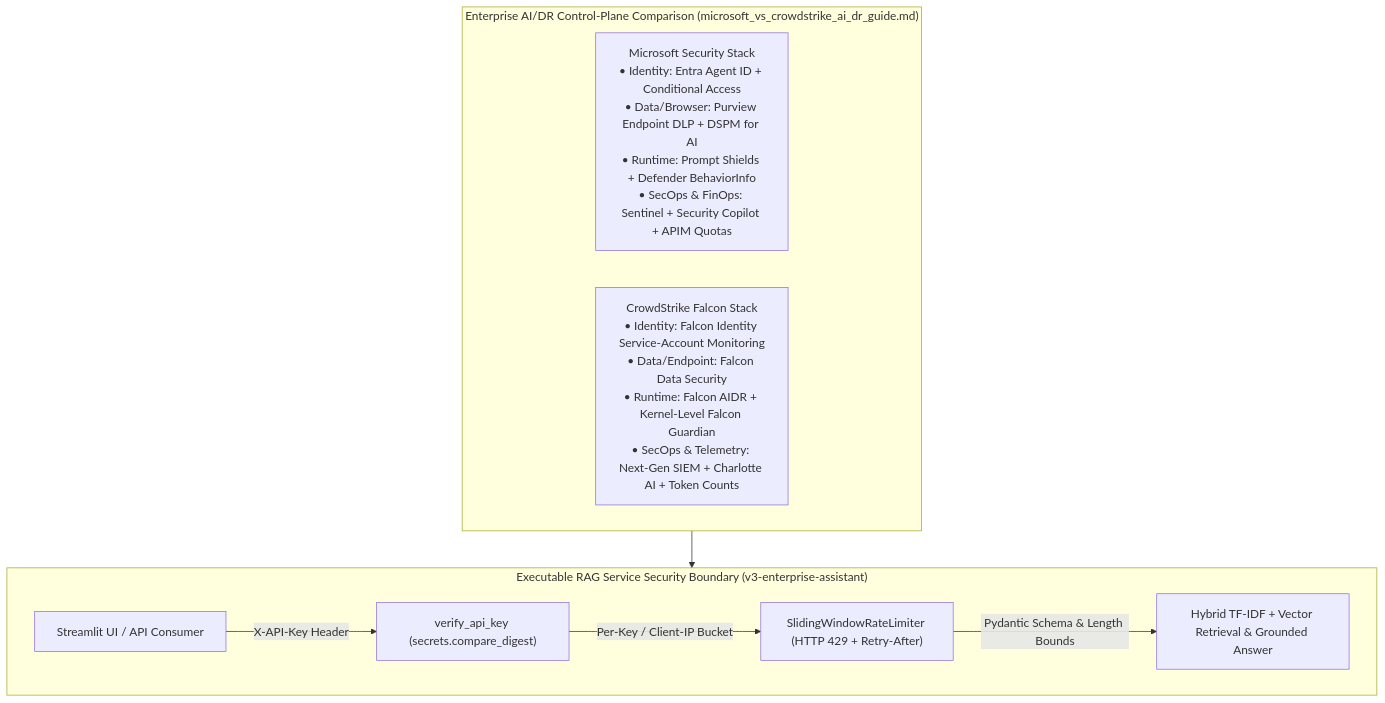
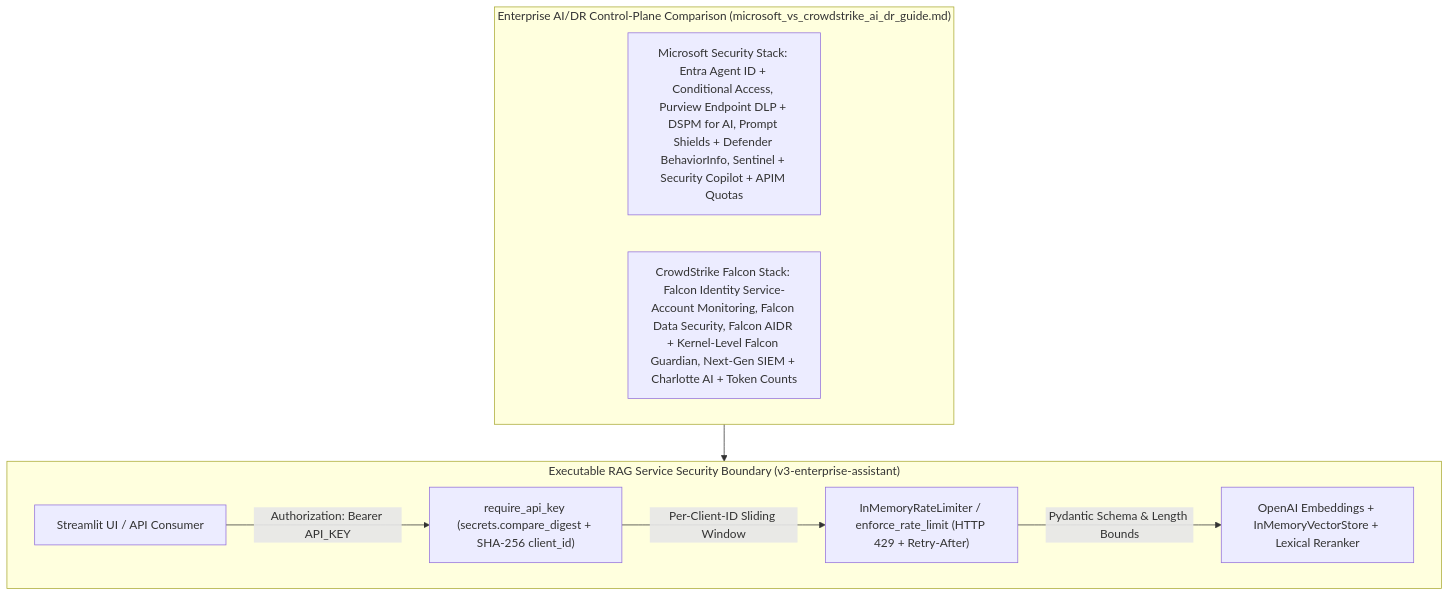
One commit to 86sunbot/portfolio changed the second of 2 diagrams in security-architecture.md. Above: the diagram before and after it, drawn with Mermaid. The commit also changed other lines of this file and 6 other files, not shown here.

Commit message:
docs: align flagship KQL/workflow snippets with fde-lab v1 code, fix links/anchors and Mermaid labels, clarify original sample lesson

````diff
--- a/security-architecture.md
+++ b/security-architecture.md
@@ -33,16 +33,16 @@
 ```mermaid
 flowchart TD
     subgraph ControlPlanes ["Enterprise AI/DR Control-Plane Comparison (microsoft_vs_crowdstrike_ai_dr_guide.md)"]
         direction LR
-        MS["Microsoft Security Stack<br/>• Identity: Entra Agent ID + Conditional Access<br/>• Data/Browser: Purview Endpoint DLP + DSPM for AI<br/>• Runtime: Prompt Shields + Defender BehaviorInfo<br/>• SecOps & FinOps: Sentinel + Security Copilot + APIM Quotas"]
-        CS["CrowdStrike Falcon Stack<br/>• Identity: Falcon Identity Service-Account Monitoring<br/>• Data/Endpoint: Falcon Data Security<br/>• Runtime: Falcon AIDR + Kernel-Level Falcon Guardian<br/>• SecOps & Telemetry: Next-Gen SIEM + Charlotte AI + Token Counts"]
+        MS["Microsoft Security Stack: Entra Agent ID + Conditional Access, Purview Endpoint DLP + DSPM for AI, Prompt Shields + Defender BehaviorInfo, Sentinel + Security Copilot + APIM Quotas"]
+        CS["CrowdStrike Falcon Stack: Falcon Identity Service-Account Monitoring, Falcon Data Security, Falcon AIDR + Kernel-Level Falcon Guardian, Next-Gen SIEM + Charlotte AI + Token Counts"]
     end
 
     subgraph RAGService ["Executable RAG Service Security Boundary (v3-enterprise-assistant)"]
-        Client["Streamlit UI / API Consumer"] -->|"X-API-Key Header"| Auth["verify_api_key (secrets.compare_digest)"]
-        Auth -->|"Per-Key / Client-IP Bucket"| RL["SlidingWindowRateLimiter (HTTP 429 + Retry-After)"]
-        RL -->|"Pydantic Schema & Length Bounds"| Engine["Hybrid TF-IDF + Vector Retrieval & Grounded Answer"]
+        Client["Streamlit UI / API Consumer"] -->|"Authorization: Bearer API_KEY"| Auth["require_api_key (secrets.compare_digest + SHA-256 client_id)"]
+        Auth -->|"Per-Client-ID Sliding Window"| RL["InMemoryRateLimiter / enforce_rate_limit (HTTP 429 + Retry-After)"]
+        RL -->|"Pydantic Schema & Length Bounds"| Engine["OpenAI Embeddings + InMemoryVectorStore + Lexical Reranker"]
     end
 
     ControlPlanes --> RAGService
 ```
````
